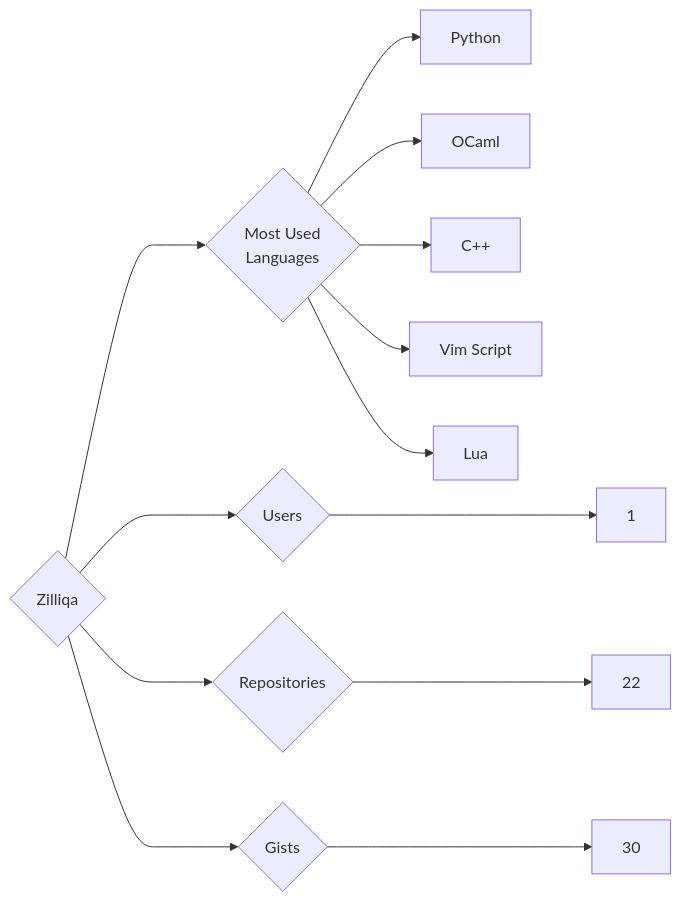
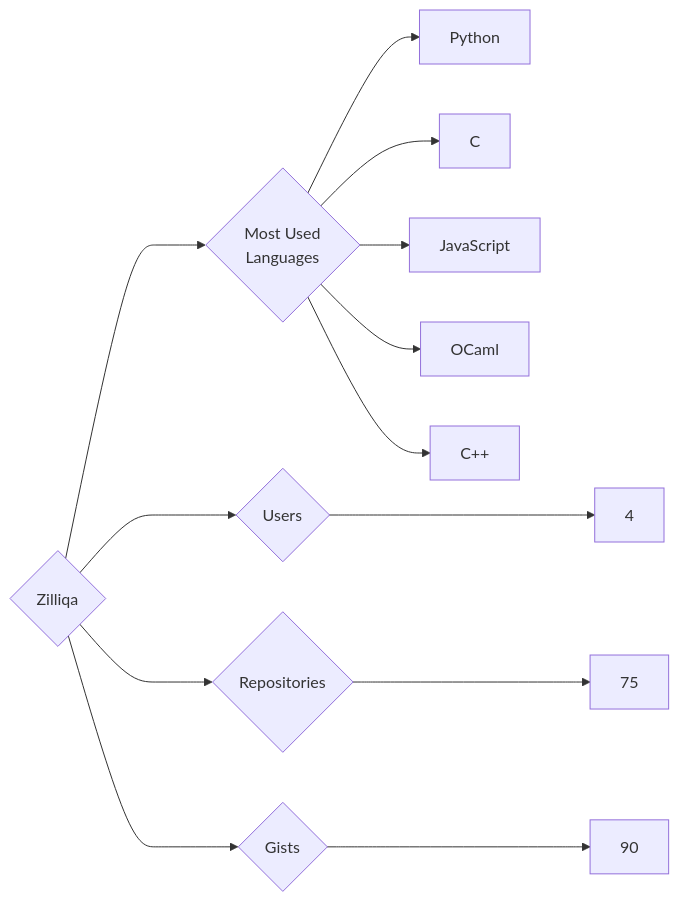
One commit to trickest/insiders changed the diagram in targets/Zilliqa/README.md. Above: the diagram before and after it, drawn with Mermaid. The commit also changed 871 other files, not shown here.

````diff
--- a/targets/Zilliqa/README.md
+++ b/targets/Zilliqa/README.md
@@ -3,13 +3,13 @@
 ```mermaid
 graph LR
 COMPANY_NAME{Zilliqa}
-COMPANY_NAME ---> U{Users} ---> UN[1]
-COMPANY_NAME ---> R{Repositories} ---> RN[22]
-COMPANY_NAME ---> G{Gists} ---> GN[30]
+COMPANY_NAME ---> U{Users} ---> UN[4]
+COMPANY_NAME ---> R{Repositories} ---> RN[75]
+COMPANY_NAME ---> G{Gists} ---> GN[90]
 COMPANY_NAME ---> ML{Most Used<br>Languages}
 ML --> Python[Python]
+ML --> C[C]
+ML --> JavaScript[JavaScript]
 ML --> OCaml[OCaml]
 ML --> C++[C++]
-ML --> Vim_Script[Vim Script]
-ML --> Lua[Lua]
 ```
````
